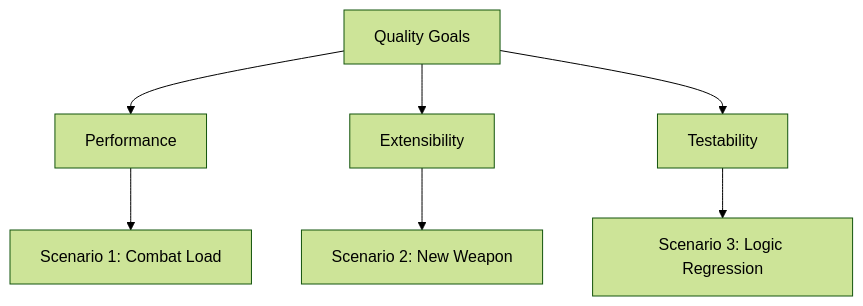
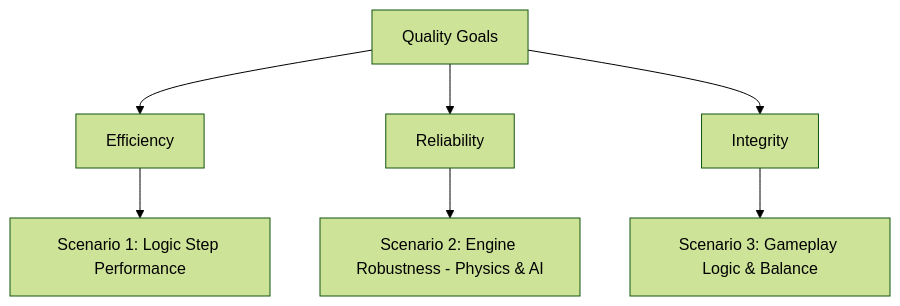
Before and after one commit to ctftnks/ctftnks.github.io: the diagram in docs/architecture/10_quality_requirements.md, drawn with Mermaid (forest theme). The commit also changed other lines of this file, not shown here.

Commit message:
docs: update quality goals

````diff
--- a/docs/architecture/10_quality_requirements.md
+++ b/docs/architecture/10_quality_requirements.md
@@ -13,13 +13,13 @@
 ```mermaid
 graph TD
     Quality[Quality Goals]
 
-    Quality --> Perf[Performance]
-    Perf --> S1[Scenario 1: Combat Load]
+    Quality --> Efficiency
+    Efficiency --> S1[Scenario 1: Logic Step Performance]
 
-    Quality --> Ext[Extensibility]
-    Ext --> S2[Scenario 2: New Weapon]
+    Quality --> Reliability
+    Reliability --> S2[Scenario 2: Engine Robustness - Physics & AI]
 
-    Quality --> Test[Testability]
-    Test --> S3[Scenario 3: Logic Regression]
+    Quality --> Integrity
+    Integrity --> S3[Scenario 3: Gameplay Logic & Balance]
 ```
````
